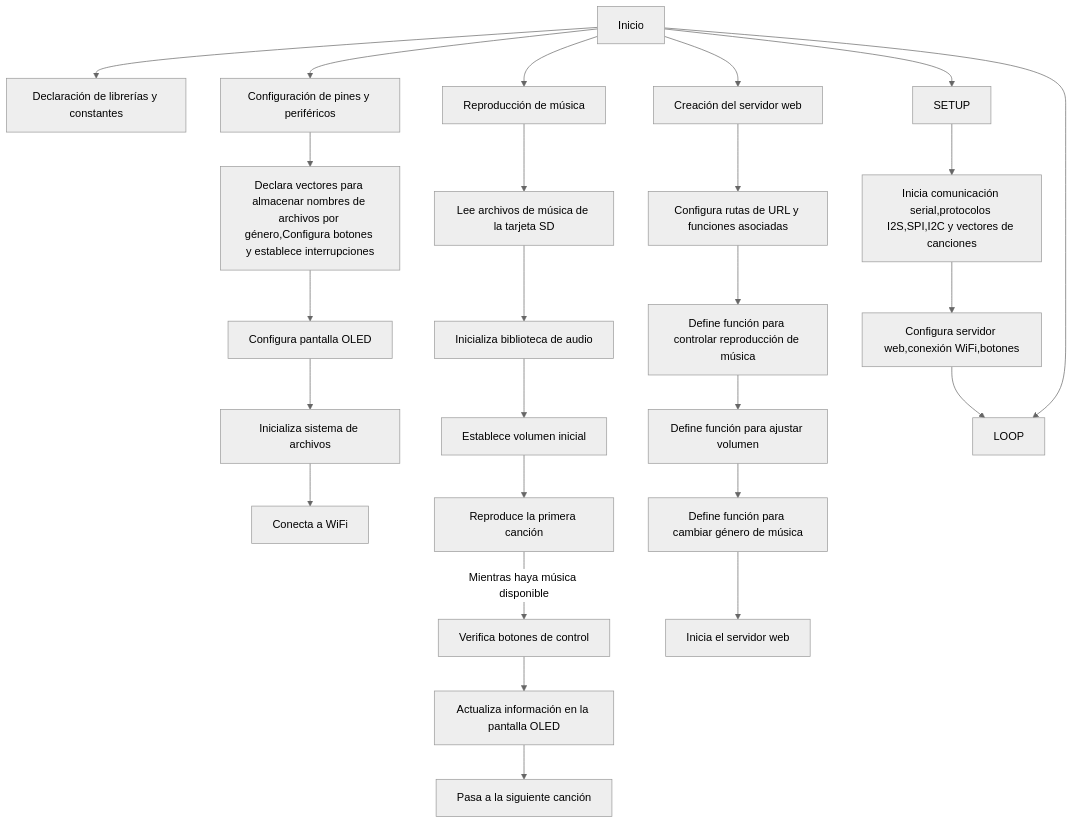
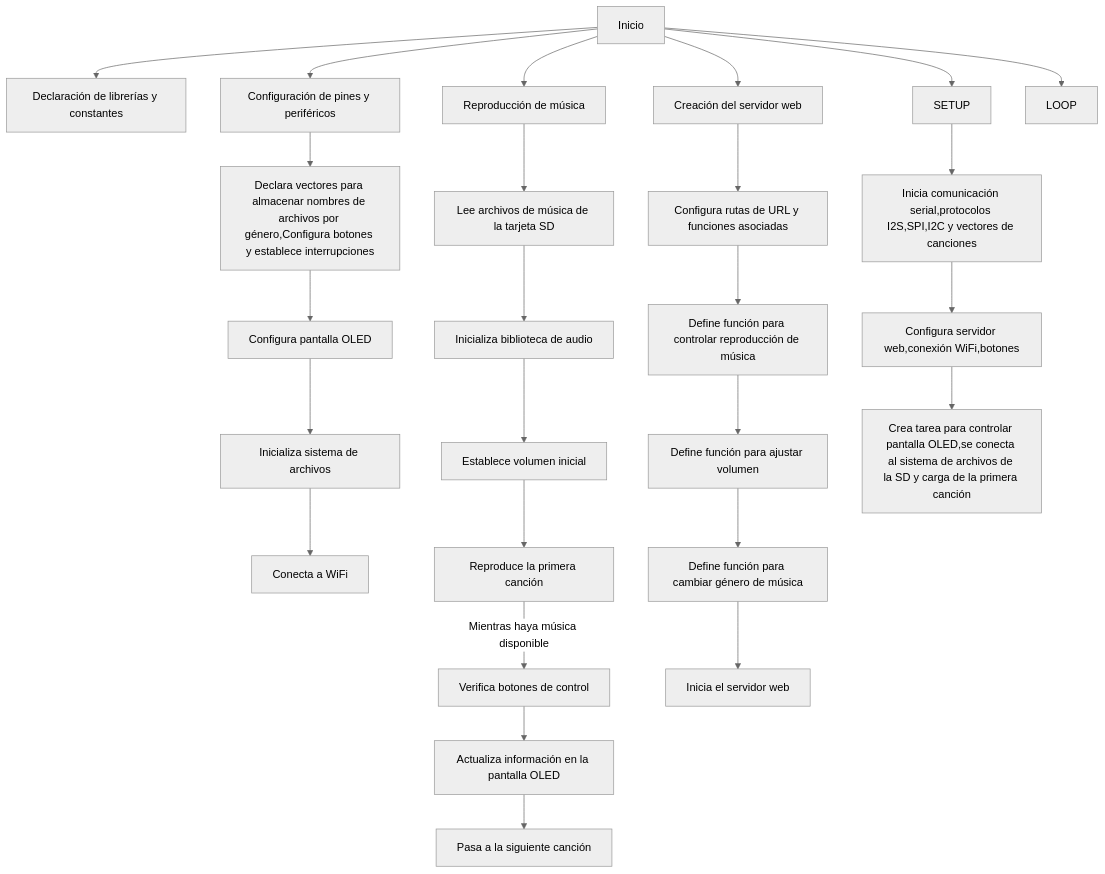
Before and after one commit to Yagouch/ProcesadoresDigitales: the diagram in README.md, drawn with Mermaid (neutral theme).

````diff
--- a/README.md
+++ b/README.md
@@ -1048,35 +1048,35 @@
 ```mermaid
 flowchart TD;
     A[Inicio] --> B[Declaración de librerías y constantes];
     
     A -->C[Configuración de pines y periféricos];
     C-->D[Declara vectores para almacenar nombres de archivos por género,Configura botones y establece interrupciones];
     D -->E[Configura pantalla OLED];
     E-->F[Inicializa sistema de archivos];
     F -->G[Conecta a WiFi];
     
     A -->H[Reproducción de  música];
     H--> I[Lee archivos de música de la tarjeta SD];
     I -->J[Inicializa biblioteca de audio];
     J -->K[Establece volumen inicial];
     K -->L[Reproduce la primera canción];
     L -->|Mientras haya música disponible| M[Verifica botones de control];
     M-->N[Actualiza información en la pantalla OLED];
     N -->O[Pasa a la siguiente canción];
     
     A -->P[Creación del servidor web];
     P -->Q[Configura rutas de URL y funciones asociadas];
     Q -->R[Define función para controlar reproducción de música];
     R -->S[Define función para ajustar volumen];
     S -->T[Define función para cambiar género de música];
     T -->V[Inicia el servidor web];
     
     A -->W[SETUP];
     W -->X[Inicia comunicación serial,protocolos I2S,SPI,I2C y vectores de canciones];
     X -->Y[Configura servidor web,conexión WiFi,botones];
     Y -->Z[Crea tarea para controlar pantalla OLED,se conecta al sistema de archivos de la SD y carga de la primera canción];
     
-    A -->Z[LOOP];
+    A -->Z2[LOOP];
    
     
 ```
````
